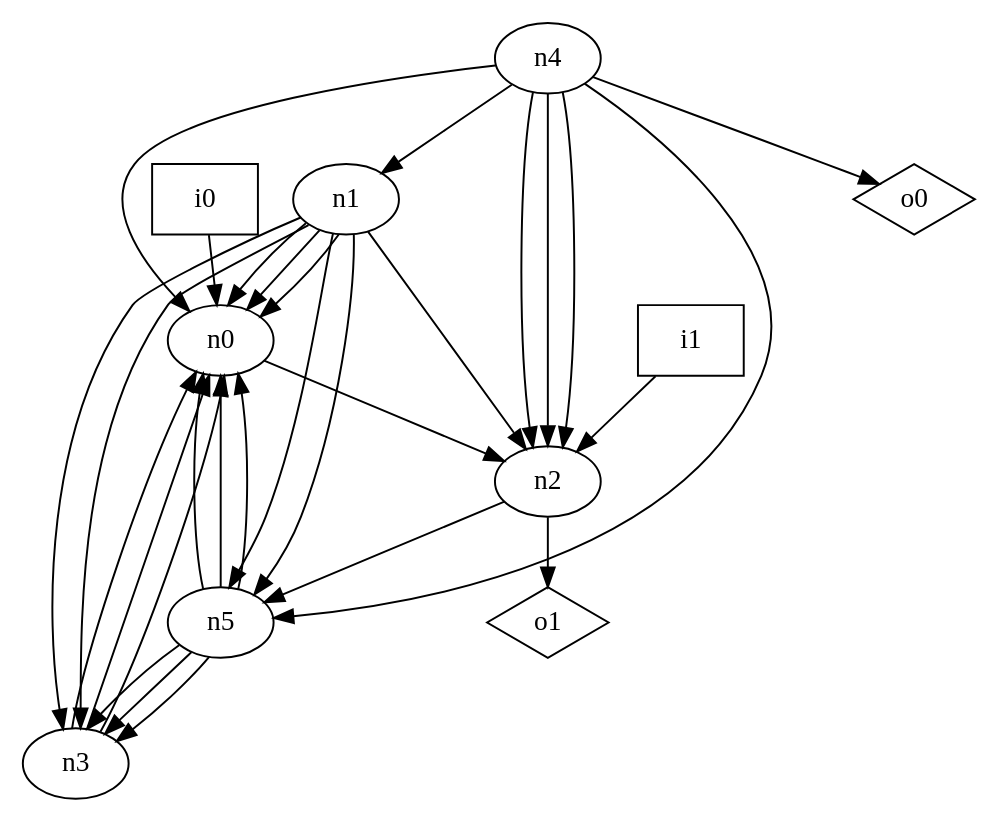
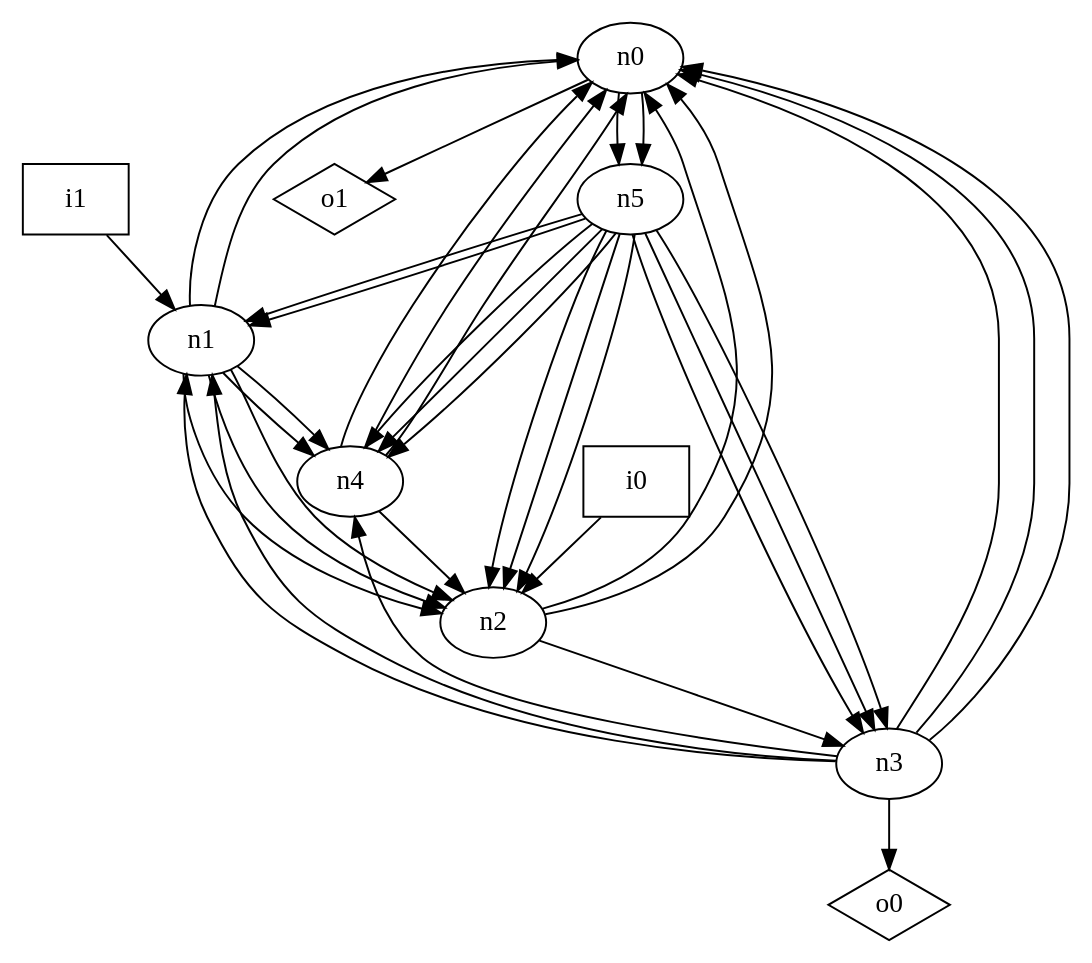
The diagram in dot_files/random/random_oriented_graph.dot (p9romain/bool-circuits), drawn with Graphviz before and after one commit. The commit also changed 29 other files, not shown here.

```diff
--- a/dot_files/random/random_oriented_graph.dot
+++ b/dot_files/random/random_oriented_graph.dot
@@ -1,41 +1,49 @@
 digraph G {
 n0 [label="n0"];
 n1 [label="n1"];
 n2 [label="n2"];
 n3 [label="n3"];
 n4 [label="n4"];
 n5 [label="n5"];
 n6 [label="i0",shape="box"];
 n7 [label="i1",shape="box"];
 n8 [label="o0",shape="diamond"];
 n9 [label="o1",shape="diamond"];
-n0 -> n2
-n1 -> n0
+n0 -> n5
+n0 -> n5
+n0 -> n9
 n1 -> n0
 n1 -> n0
 n1 -> n2
-n1 -> n3
-n1 -> n3
-n1 -> n5
-n1 -> n5
-n2 -> n5
-n2 -> n9
+n1 -> n2
+n1 -> n2
+n1 -> n4
+n1 -> n4
+n2 -> n0
+n2 -> n0
+n2 -> n3
 n3 -> n0
 n3 -> n0
 n3 -> n0
+n3 -> n1
+n3 -> n1
+n3 -> n4
+n3 -> n8
 n4 -> n0
-n4 -> n1
+n4 -> n0
+n4 -> n0
 n4 -> n2
-n4 -> n2
-n4 -> n2
-n4 -> n5
-n4 -> n8
-n5 -> n0
-n5 -> n0
-n5 -> n0
+n5 -> n1
+n5 -> n1
+n5 -> n2
+n5 -> n2
+n5 -> n2
 n5 -> n3
 n5 -> n3
 n5 -> n3
-n6 -> n0
-n7 -> n2
+n5 -> n4
+n5 -> n4
+n5 -> n4
+n6 -> n2
+n7 -> n1
 }
```
